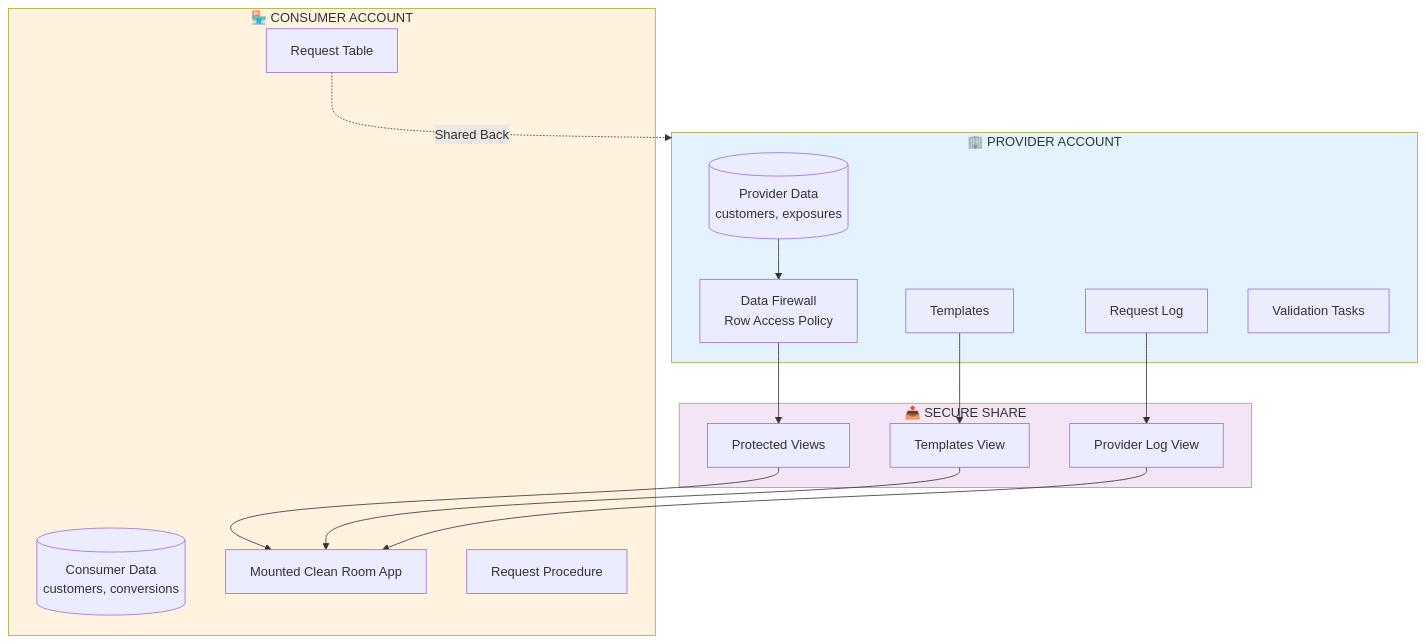
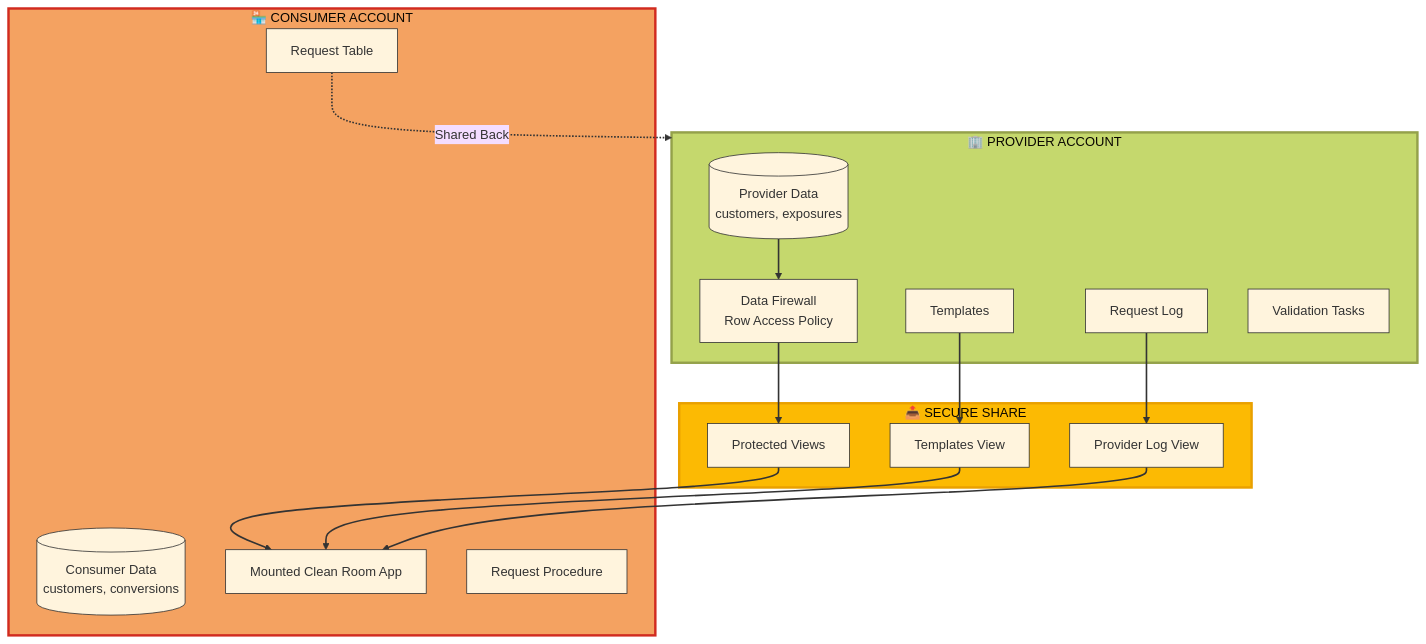
The first of 4 diagrams in DCR_Flow_and_Cost_Guide.md (sfc-gh-vshiv/sfquickstart-data-clean-room), drawn with Mermaid before and after one commit. The commit also changed other lines of this file, not shown here.

Commit message:
Enhance DCR Flow and Cost Guide with updated Mermaid diagram styles and configurations for improved visual consistency and clarity

````diff
--- a/DCR_Flow_and_Cost_Guide.md
+++ b/DCR_Flow_and_Cost_Guide.md
@@ -20,37 +20,40 @@
 ```mermaid
+%%{init: {'theme': 'base', 'themeVariables': { 'lineColor': '#333', 'primaryTextColor': '#333', 'primaryBorderColor': '#333'}}}%%
 flowchart TB
     subgraph Provider["🏢 PROVIDER ACCOUNT"]
         PD[(Provider Data<br/>customers, exposures)]
         PT[Templates]
         RL[Request Log]
         DF[Data Firewall<br/>Row Access Policy]
         TASK[Validation Tasks]
     end
     
     subgraph Share["📤 SECURE SHARE"]
         SV[Protected Views]
         TMP[Templates View]
         LOG[Provider Log View]
     end
     
     subgraph Consumer["🏪 CONSUMER ACCOUNT"]
         CD[(Consumer Data<br/>customers, conversions)]
         REQ[Request Table]
         APP[Mounted Clean Room App]
         PROC[Request Procedure]
     end
     
     PD --> DF --> SV
     PT --> TMP
     RL --> LOG
     
     SV --> APP
     TMP --> APP
     LOG --> APP
     
     REQ -.->|Shared Back| Provider
     
-    style Provider fill:#e3f2fd
-    style Consumer fill:#fff3e0
-    style Share fill:#f3e5f5
+    style Provider fill:#c5d86d,stroke:#94a14a,stroke-width:3px
+    style Consumer fill:#f4a261,stroke:#d12b1f,stroke-width:3px
+    style Share fill:#fcba03,stroke:#e9a000,stroke-width:3px
+    
+    linkStyle default stroke:#333,stroke-width:2px
 ```
````
